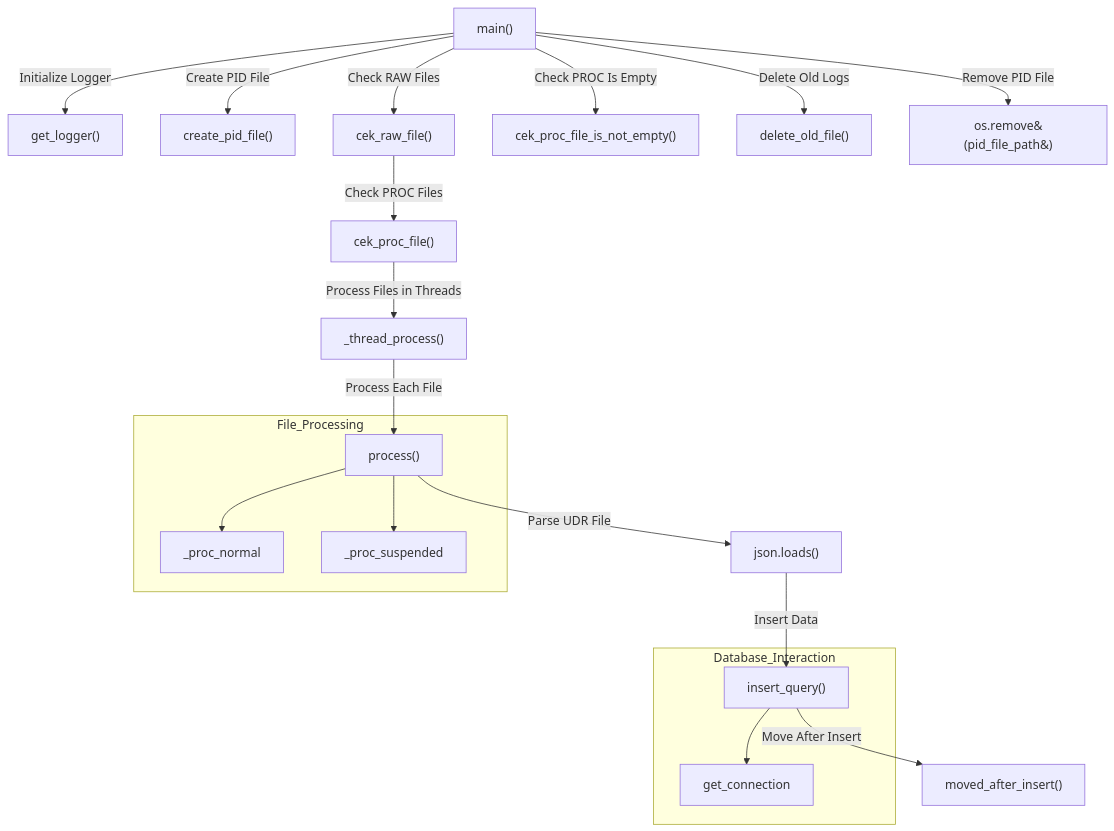
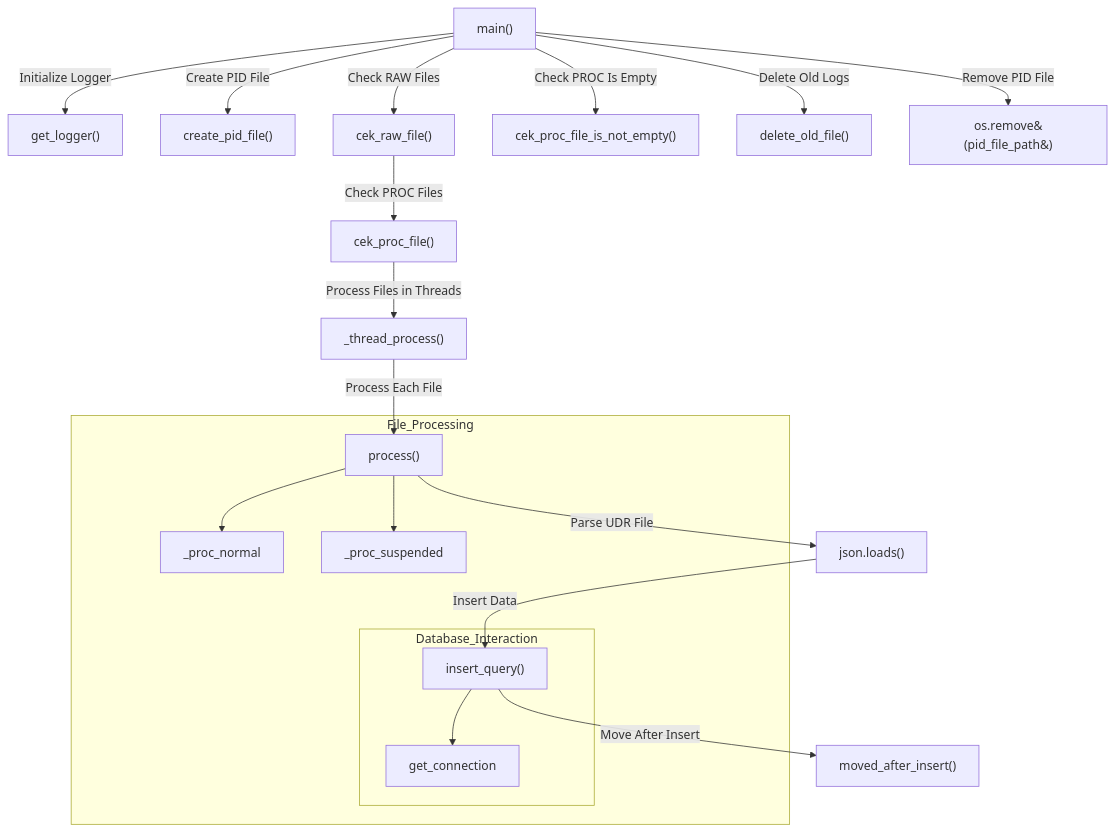
The second of 2 diagrams in UDR/parsing_readme.md (maulanaady/psn), drawn with Mermaid before and after one commit.

Commit message:
update readme file

````diff
--- a/UDR/parsing_readme.md
+++ b/UDR/parsing_readme.md
@@ -155,26 +155,29 @@
 ```mermaid
 graph TD;
     A[main#40;#41;] -->|Initialize Logger| B[get_logger#40;#41;];
     A -->|Create PID File| C[create_pid_file#40;#41;];
     A -->|Check RAW Files| D[cek_raw_file#40;#41;];
     D -->|Check PROC Files| E[cek_proc_file#40;#41;];
     E -->|Process Files in Threads| F[_thread_process#40;#41;];
     F -->|Process Each File| G[process#40;#41;];
 
     G -->|Parse UDR File| H[json.loads#40;#41;];
     H -->|Insert Data| I[insert_query#40;#41;];    
     I -->|Move After Insert| J[moved_after_insert#40;#41;];
 
     A -->|Check PROC Is Empty| K[cek_proc_file_is_not_empty#40;#41;];
     A -->|Delete Old Logs| L[delete_old_file#40;#41;];
     A -->|Remove PID File| M[os.remove&#40;pid_file_path&#41;];
 
     subgraph File_Processing;
         G --> _proc_normal;
         G --> _proc_suspended;
+
+        subgraph Database_Interaction;
+        I --> get_connection;
+        end;
+        
     end;
 
-    subgraph Database_Interaction;
-        I --> get_connection;
-    end;
+    
 ```
````
